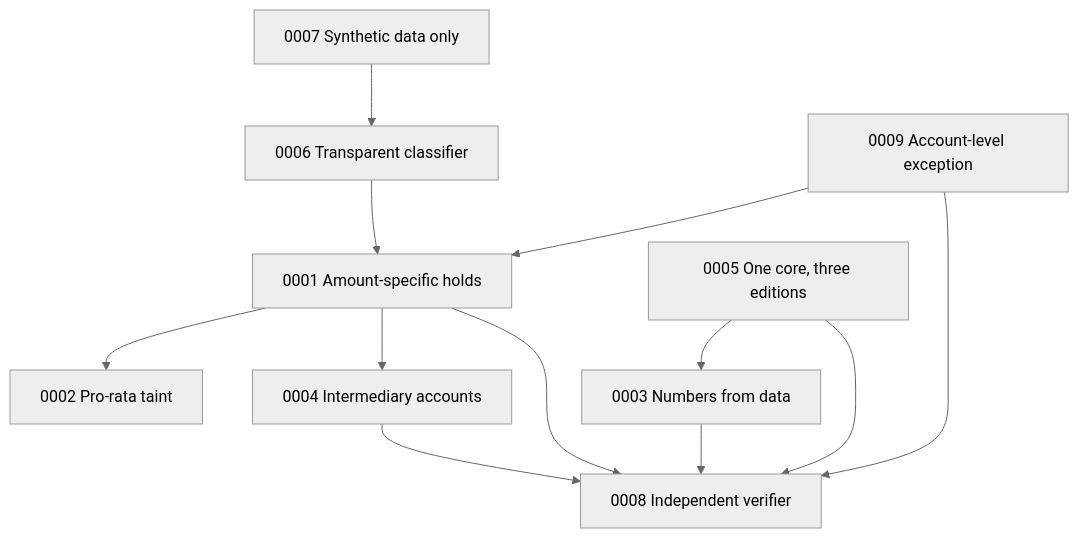
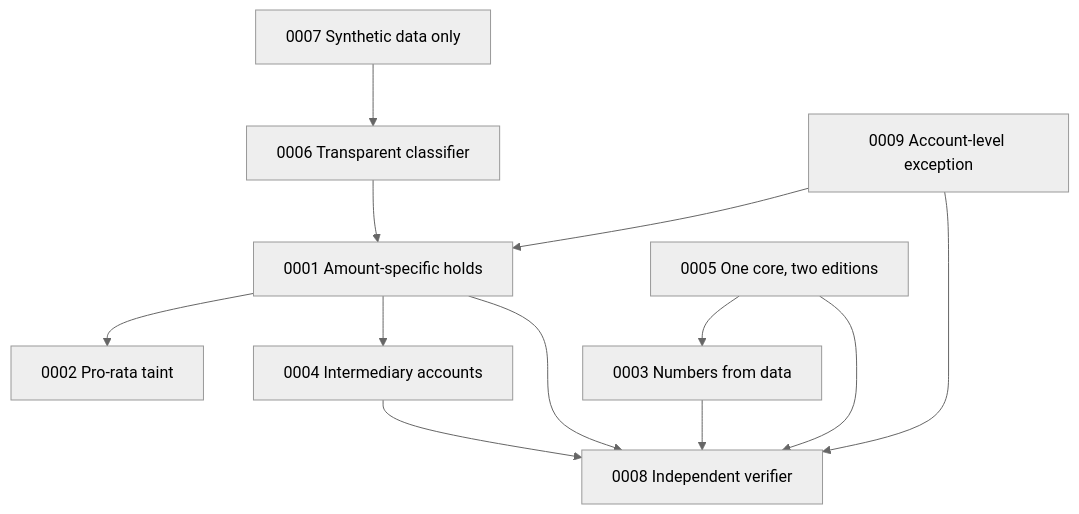
One commit to GODOSTROYER/wapsi changed the diagram in docs/adr/README.md. Above: the diagram before and after it, drawn with Mermaid (neutral theme). The commit also changed other lines of this file and 146 other files, not shown here.

First line of the commit message:
Remove the Snowflake edition; two editions (Google Cloud, AMD) on one core

````diff
--- a/docs/adr/README.md
+++ b/docs/adr/README.md
@@ -29,14 +29,14 @@
 ```mermaid
 flowchart TB
     A1["0001 Amount-specific holds"] --> A2["0002 Pro-rata taint"]
     A1 --> A4["0004 Intermediary accounts"]
     A3["0003 Numbers from data"] --> A8["0008 Independent verifier"]
     A1 --> A8
     A4 --> A8
     A6["0006 Transparent classifier"] --> A1
     A7["0007 Synthetic data only"] --> A6
-    A5["0005 One core, three editions"] --> A3
+    A5["0005 One core, two editions"] --> A3
     A5 --> A8
     A9["0009 Account-level exception"] --> A1
     A9 --> A8
 ```
````
